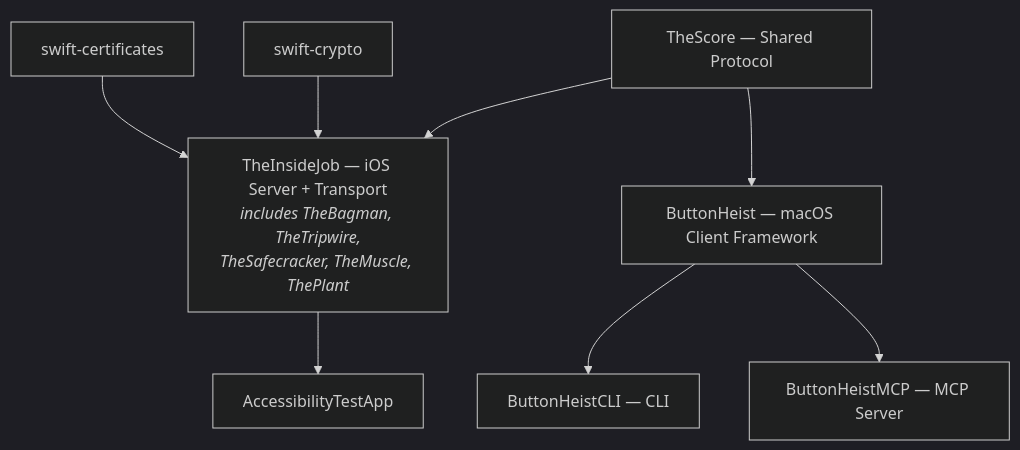
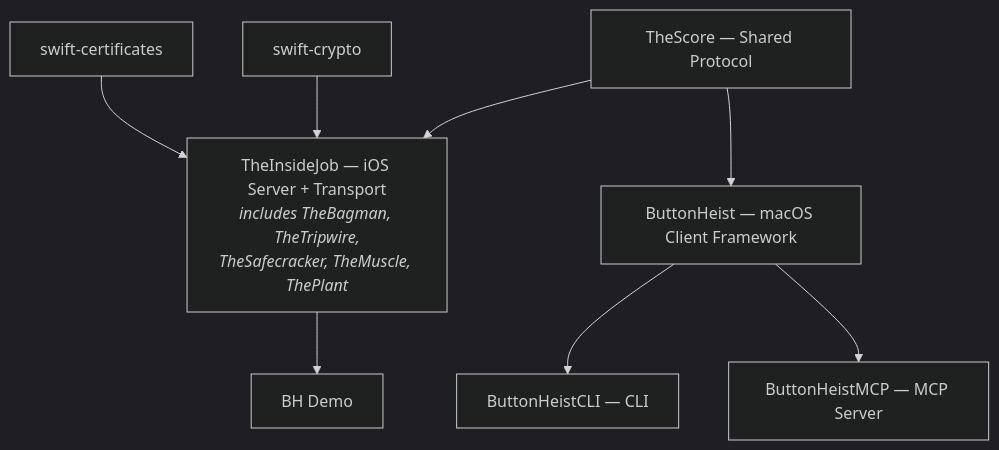
One commit to RoyalPineapple/TheButtonHeist changed the first of 2 diagrams in docs/dossiers/00-OVERVIEW.md. Above: the diagram before and after it, drawn with Mermaid (dark theme). The commit also changed 45 other files, not shown here.

````diff
--- a/docs/dossiers/00-OVERVIEW.md
+++ b/docs/dossiers/00-OVERVIEW.md
@@ -41,20 +41,20 @@
 ```mermaid
 graph TD
     TheScore["TheScore — Shared Protocol"]
     TheInsideJob["TheInsideJob — iOS Server + Transport<br/><i>includes TheBagman, TheTripwire,<br/>TheSafecracker, TheMuscle, ThePlant</i>"]
     ButtonHeist["ButtonHeist — macOS Client Framework"]
     CLI["ButtonHeistCLI — CLI"]
     MCP["ButtonHeistMCP — MCP Server"]
-    TestApp["AccessibilityTestApp"]
+    TestApp["BH Demo"]
 
     Crypto["swift-crypto"]
     X509["swift-certificates"]
 
     TheScore --> TheInsideJob
     Crypto --> TheInsideJob
     X509 --> TheInsideJob
     TheScore --> ButtonHeist
     ButtonHeist --> CLI
     ButtonHeist --> MCP
     TheInsideJob --> TestApp
 ```
````
